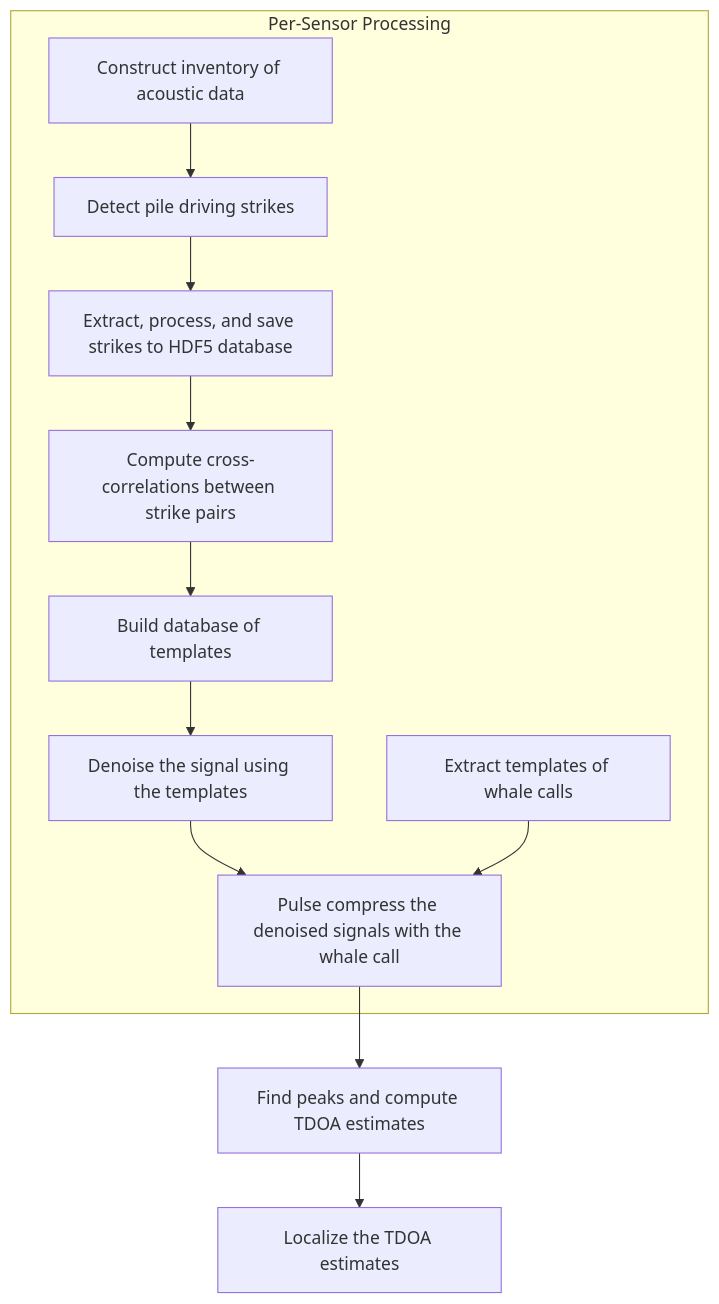
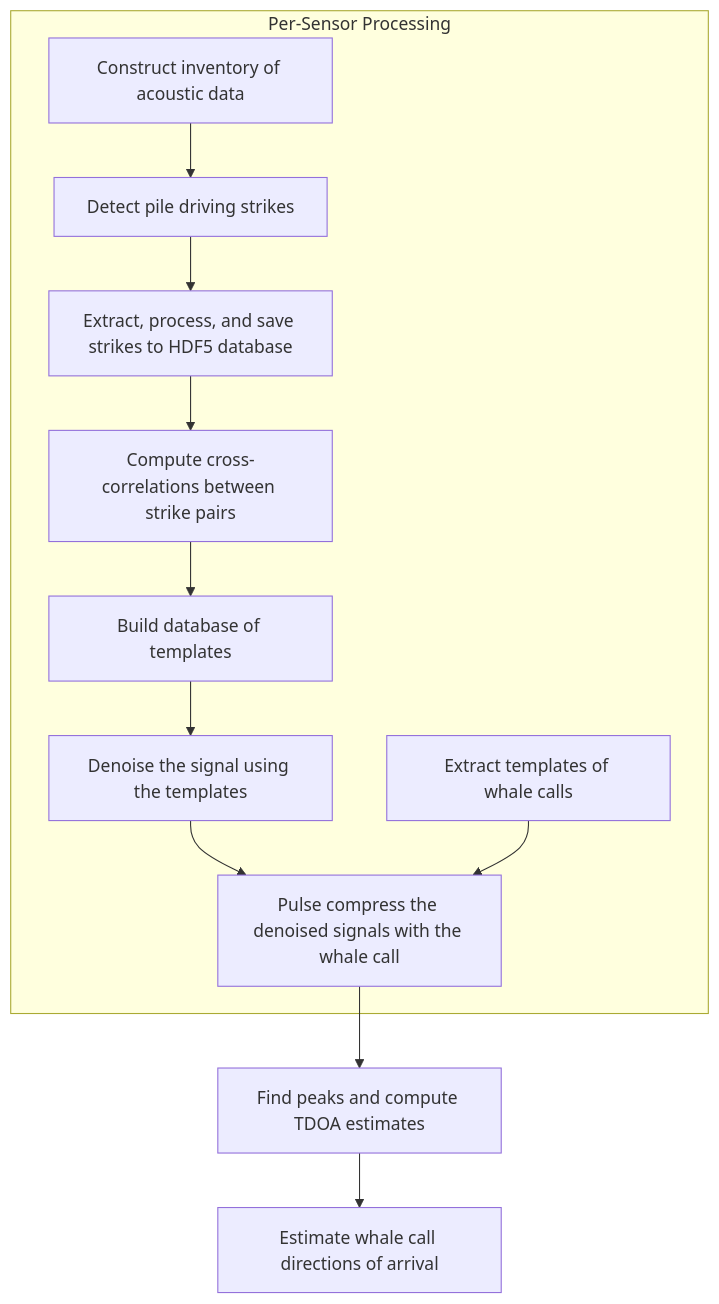
The diagram in README.md (NeptuneProjects/RODEO-II_VineyardWind), drawn with Mermaid before and after one commit. The commit also changed other lines of this file, not shown here.

````diff
--- a/README.md
+++ b/README.md
@@ -15,16 +15,16 @@
 ```mermaid
 graph TD
    subgraph "Per-Sensor Processing"
       A[Construct inventory of acoustic data] --> B[Detect pile driving strikes]
       B --> C[Extract, process, and save strikes to HDF5 database]
       C --> D[Compute cross-correlations between strike pairs]
       D --> E[Build database of templates]
       E --> G[Denoise the signal using the templates]
       G --> H[Pulse compress the denoised signals with the whale call]
       F[Extract templates of whale calls] --> H
    end
 
 
    H --> I[Find peaks and compute TDOA estimates]
-   I --> J[Localize the TDOA estimates]
+   I --> J[Estimate whale call directions of arrival]
 ```
````
